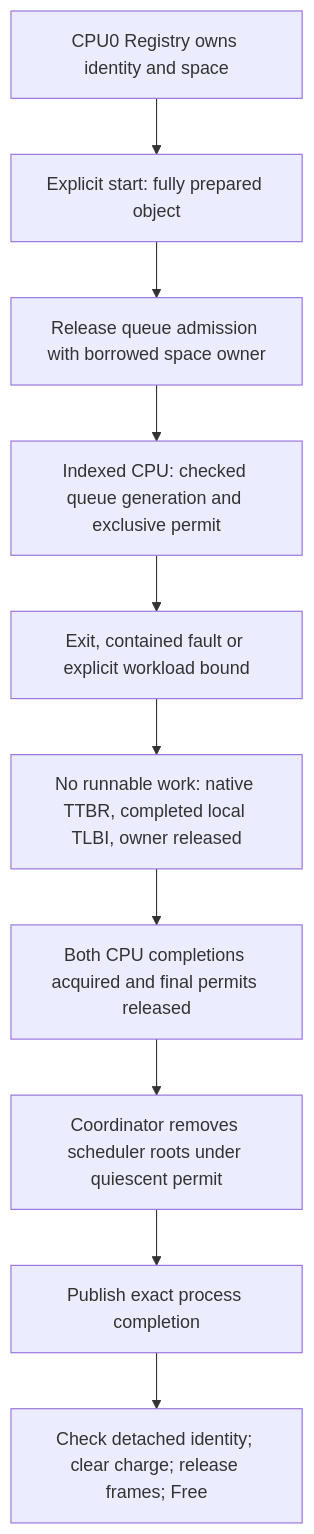
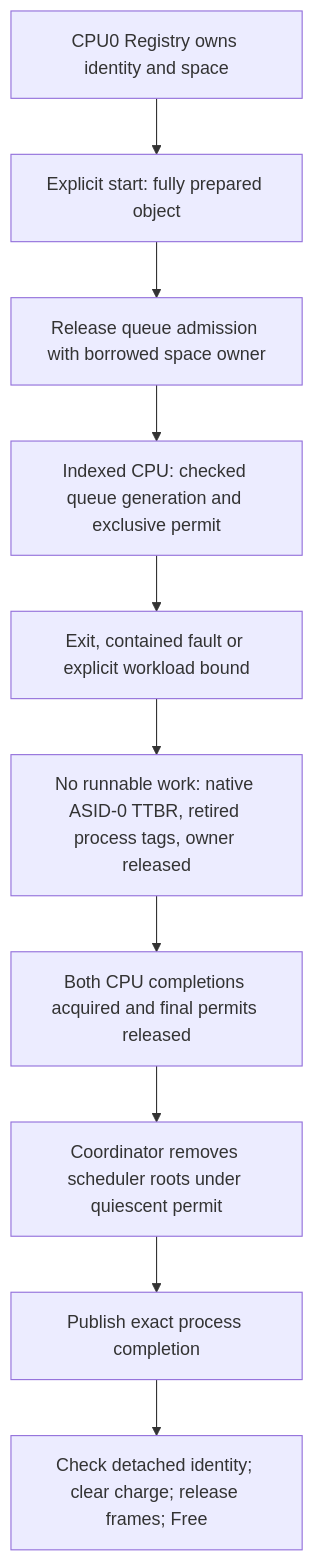
Before and after one commit to lifeFedorovAlexey/KOLVRT: the second of 2 diagrams in docs/kernel/processes.md, drawn with Mermaid. The commit also changed other lines of this file and 29 other files, not shown here.

````diff
--- a/docs/kernel/processes.md
+++ b/docs/kernel/processes.md
@@ -48,12 +48,12 @@
 ```mermaid
 flowchart TD
     O[CPU0 Registry owns identity and space] --> A[Explicit start: fully prepared object]
     A --> P[Release queue admission with borrowed space owner]
     P --> C[Indexed CPU: checked queue generation and exclusive permit]
     C --> T[Exit, contained fault or explicit workload bound]
-    T --> Q[No runnable work: native TTBR, completed local TLBI, owner released]
+    T --> Q[No runnable work: native ASID-0 TTBR, retired process tags, owner released]
     Q --> D[Both CPU completions acquired and final permits released]
     D --> U[Coordinator removes scheduler roots under quiescent permit]
     U --> R[Publish exact process completion]
     R --> F[Check detached identity; clear charge; release frames; Free]
 ```
````
